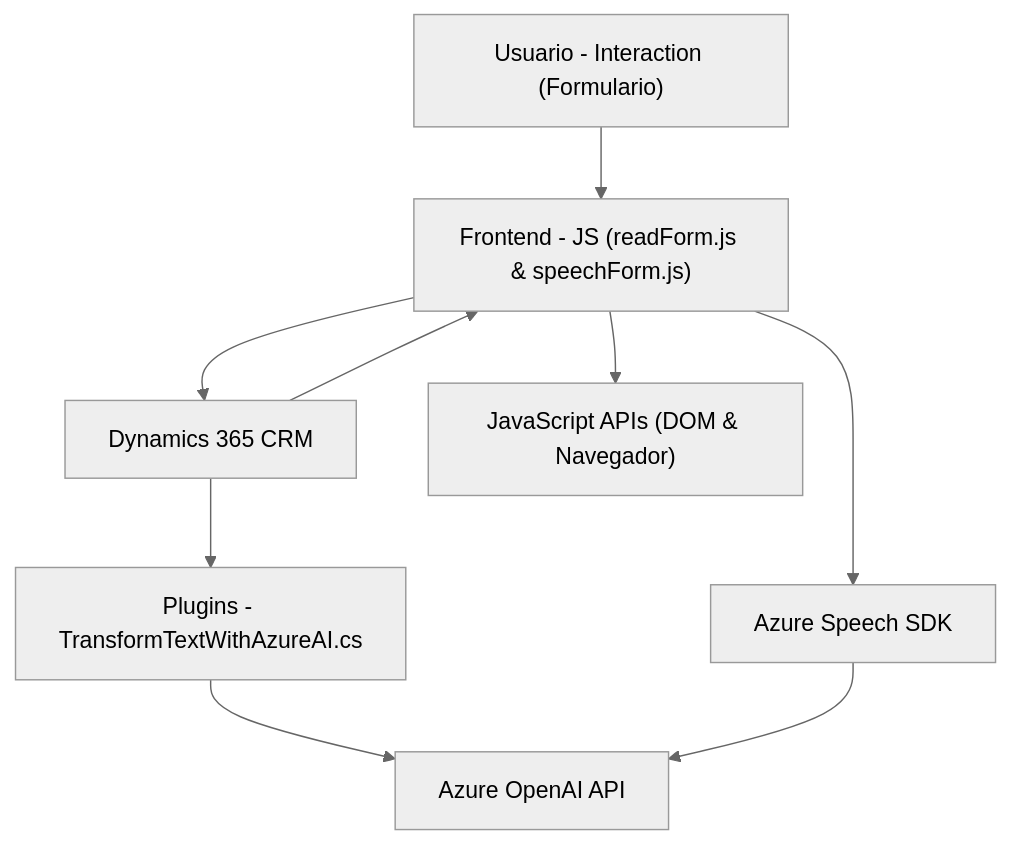
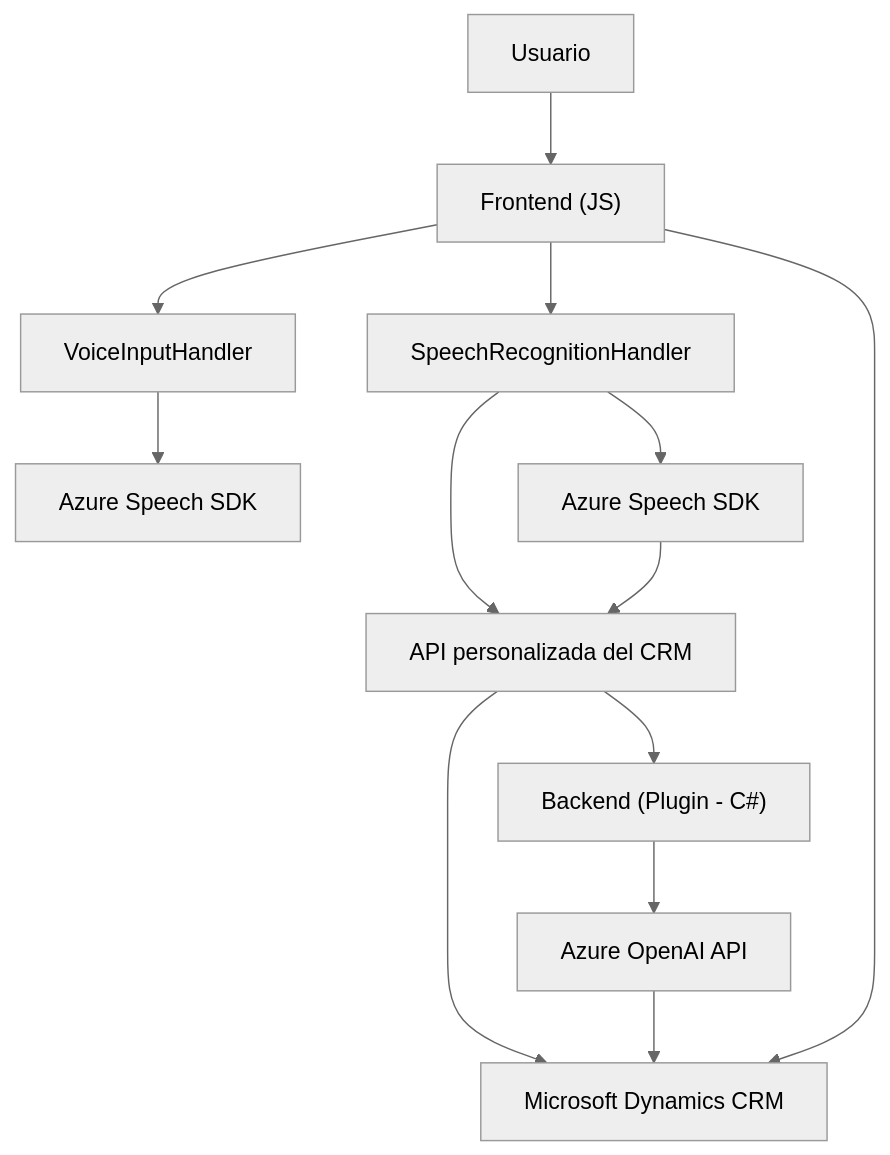
Before and after one commit to blopezdm/NETCORE_BILBAO2025: the diagram in README.md, drawn with Mermaid (neutral theme). The commit also changed other lines of this file, not shown here.

````diff
--- a/README.md
+++ b/README.md
@@ -40,19 +32,15 @@
 ```mermaid
 graph TD
-    A["Frontend - JS (readForm.js & speechForm.js)"]
-    B["Dynamics 365 CRM"]
-    C["Azure Speech SDK"]
-    D["Azure OpenAI API"]
-    E["Plugins - TransformTextWithAzureAI.cs"]
-    F["JavaScript APIs (DOM & Navegador)"]
-    G["Usuario - Interaction (Formulario)"]
-
-    G --> A
-    A --> B
-    A --> C
-    A --> F
-    B --> A
-    B --> E
-    E --> D
-    C --> D
+    A["Usuario"] --> B["Frontend (JS)"]
+    B --> C["VoiceInputHandler"]
+    B --> D["SpeechRecognitionHandler"]
+    C --> E["Azure Speech SDK"]
+    D --> F["Azure Speech SDK"]
+    D --> G["API personalizada del CRM"]
+    F --> G
+    G --> H["Backend (Plugin - C#)"]
+    H --> I["Azure OpenAI API"]
+    G --> J["Microsoft Dynamics CRM"]
+    I --> J
+    B-->J
 ```
````
